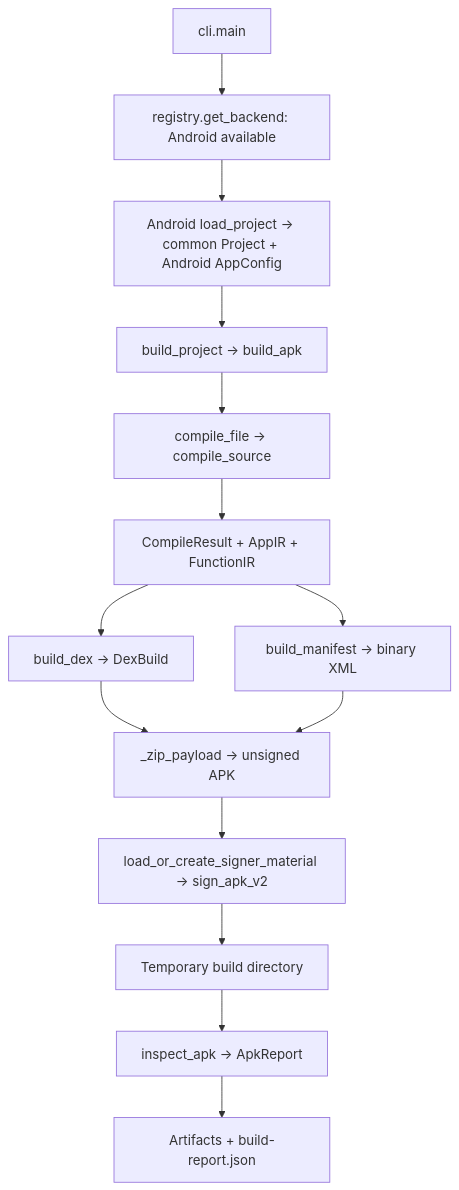
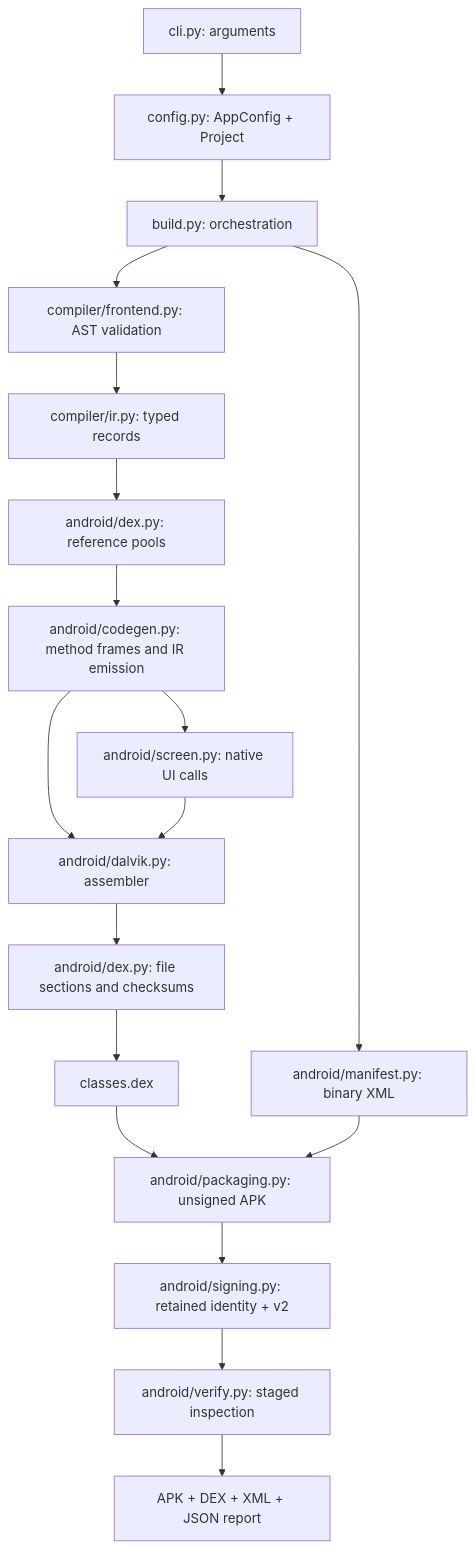
Before and after one commit to babar-xagi/Anpyra: the diagram in docs/developer_guide/architecture.md, drawn with Mermaid. The commit also changed other lines of this file and 89 other files, not shown here.

````diff
--- a/docs/developer_guide/architecture.md
+++ b/docs/developer_guide/architecture.md
@@ -9,16 +7,20 @@
 ```mermaid
 flowchart TD
-    CLI[cli.main] --> Target[registry.get_backend: Android available]
-    Target --> Config[Android load_project → common Project + Android AppConfig]
-    Config --> Build[build_project → build_apk]
-    Build --> Frontend[compile_file → compile_source]
-    Frontend --> IR[CompileResult + AppIR + FunctionIR]
-    IR --> DEX[build_dex → DexBuild]
-    IR --> XML[build_manifest → binary XML]
-    DEX --> ZIP[_zip_payload → unsigned APK]
-    XML --> ZIP
-    ZIP --> Sign[load_or_create_signer_material → sign_apk_v2]
-    Sign --> Staging[Temporary build directory]
-    Staging --> Verify[inspect_apk → ApkReport]
-    Verify --> Output[Artifacts + build-report.json]
+    CLI[cli.py: arguments] --> Config[config.py: AppConfig + Project]
+    Config --> Build[build.py: orchestration]
+    Build --> Frontend[compiler/frontend.py: AST validation]
+    Frontend --> IR[compiler/ir.py: typed records]
+    IR --> Indexes[android/dex.py: reference pools]
+    Indexes --> Code[android/codegen.py: method frames and IR emission]
+    Code --> Screen[android/screen.py: native UI calls]
+    Code --> Dalvik[android/dalvik.py: assembler]
+    Screen --> Dalvik
+    Dalvik --> Writer[android/dex.py: file sections and checksums]
+    Writer --> Bytes[classes.dex]
+    Build --> Manifest[android/manifest.py: binary XML]
+    Bytes --> ZIP[android/packaging.py: unsigned APK]
+    Manifest --> ZIP
+    ZIP --> Sign[android/signing.py: retained identity + v2]
+    Sign --> Verify[android/verify.py: staged inspection]
+    Verify --> Output[APK + DEX + XML + JSON report]
 ```
````
